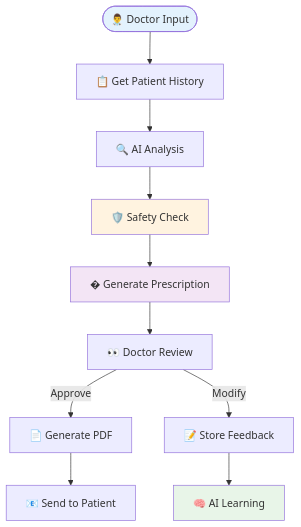
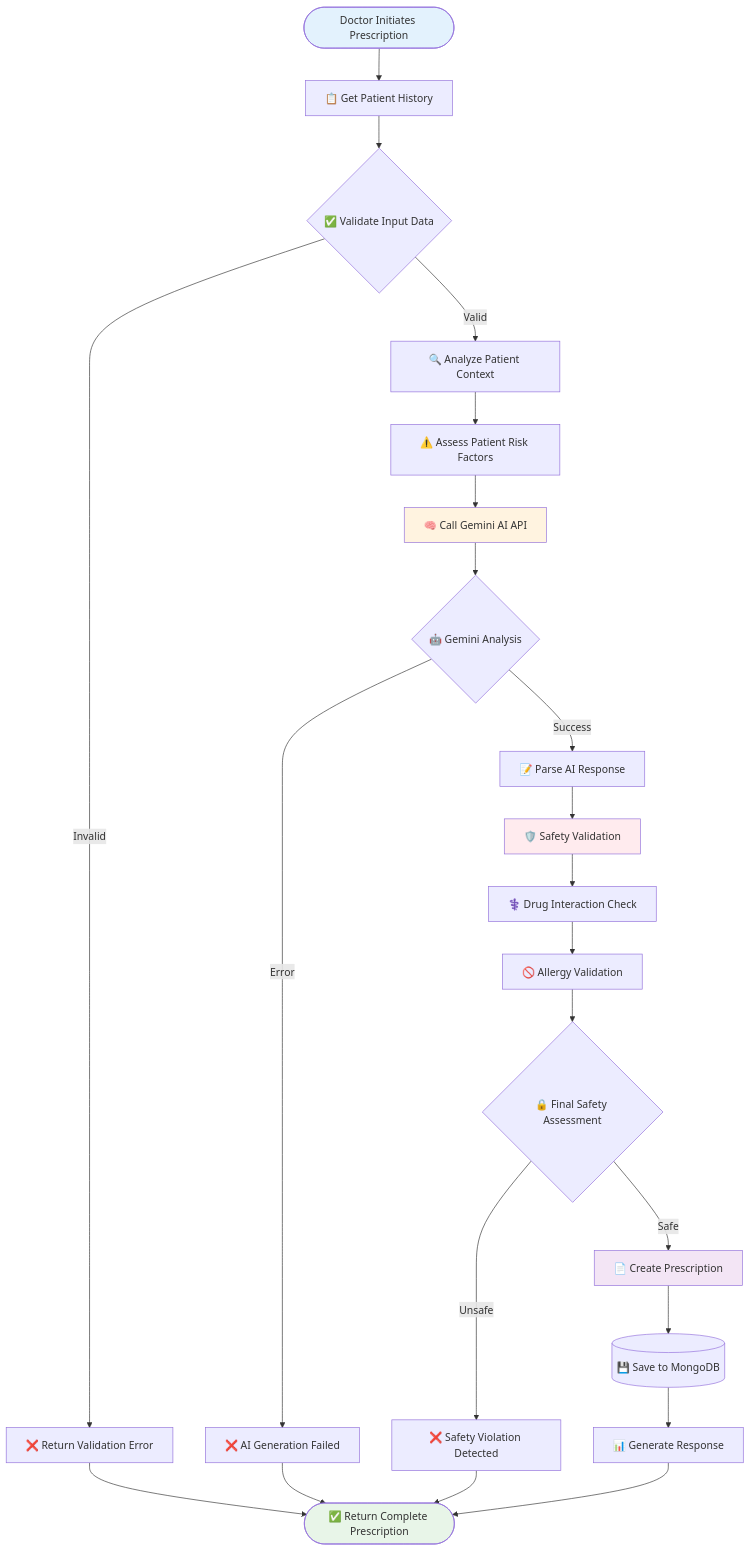
One commit to SwapysProject/doco changed the third of 3 diagrams in README.md. Above: the diagram before and after it, drawn with Mermaid. The commit also changed other lines of this file, not shown here.

````diff
--- a/README.md
+++ b/README.md
@@ -78,17 +254,36 @@
 ```mermaid
 flowchart TD
-    Start([👨‍⚕️ Doctor Input]) --> GetHistory[📋 Get Patient History]
-    GetHistory --> Analyze[🔍 AI Analysis]
-    Analyze --> Safety[🛡️ Safety Check]
-    Safety --> Generate[� Generate Prescription]
-    Generate --> Review[👀 Doctor Review]
-    Review -->|Approve| PDF[📄 Generate PDF]
-    Review -->|Modify| Feedback[📝 Store Feedback]
-    PDF --> Email[📧 Send to Patient]
-    Feedback --> Learn[🧠 AI Learning]
-    
+    Start([Doctor Initiates Prescription]) --> GetHistory[📋 Get Patient History]
+    GetHistory --> ValidateInput{✅ Validate Input Data}
+    ValidateInput -->|Invalid| Error1[❌ Return Validation Error]
+    ValidateInput -->|Valid| AnalyzeContext[🔍 Analyze Patient Context]
+
+    AnalyzeContext --> RiskAssess[⚠️ Assess Patient Risk Factors]
+    RiskAssess --> GeminiCall[🧠 Call Gemini AI API]
+
+    GeminiCall --> GeminiAnalysis{🤖 Gemini Analysis}
+    GeminiAnalysis -->|Error| Error2[❌ AI Generation Failed]
+    GeminiAnalysis -->|Success| ParseResponse[📝 Parse AI Response]
+
+    ParseResponse --> SafetyCheck[🛡️ Safety Validation]
+    SafetyCheck --> InteractionCheck[⚕️ Drug Interaction Check]
+    InteractionCheck --> AllergyCheck[🚫 Allergy Validation]
+
+    AllergyCheck --> FinalSafety{🔒 Final Safety Assessment}
+    FinalSafety -->|Unsafe| SafetyError[❌ Safety Violation Detected]
+    FinalSafety -->|Safe| CreatePrescription[📄 Create Prescription]
+
+    CreatePrescription --> SaveDB[(💾 Save to MongoDB)]
+    SaveDB --> GenerateResponse[📊 Generate Response]
+    GenerateResponse --> End([✅ Return Complete Prescription])
+
+    Error1 --> End
+    Error2 --> End
+    SafetyError --> End
+
     style Start fill:#e3f2fd
-    style Generate fill:#f3e5f5
-    style Safety fill:#fff3e0
-    style Learn fill:#e8f5e8
+    style End fill:#e8f5e8
+    style GeminiCall fill:#fff3e0
+    style SafetyCheck fill:#ffebee
+    style CreatePrescription fill:#f3e5f5
 ```
````
